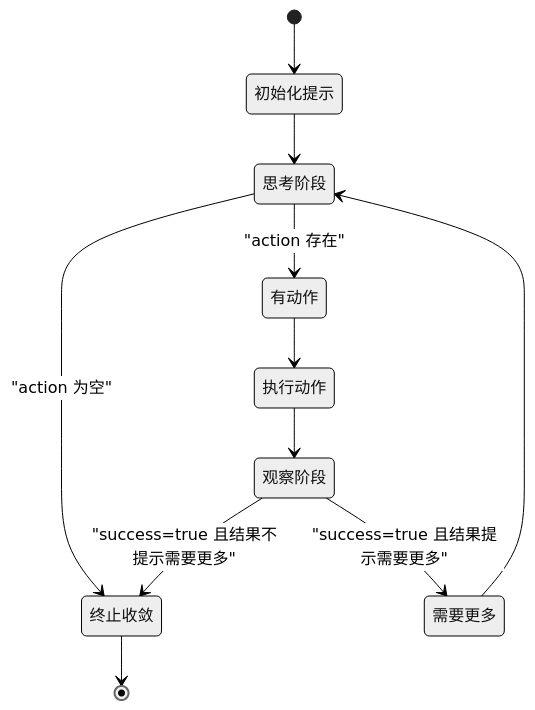
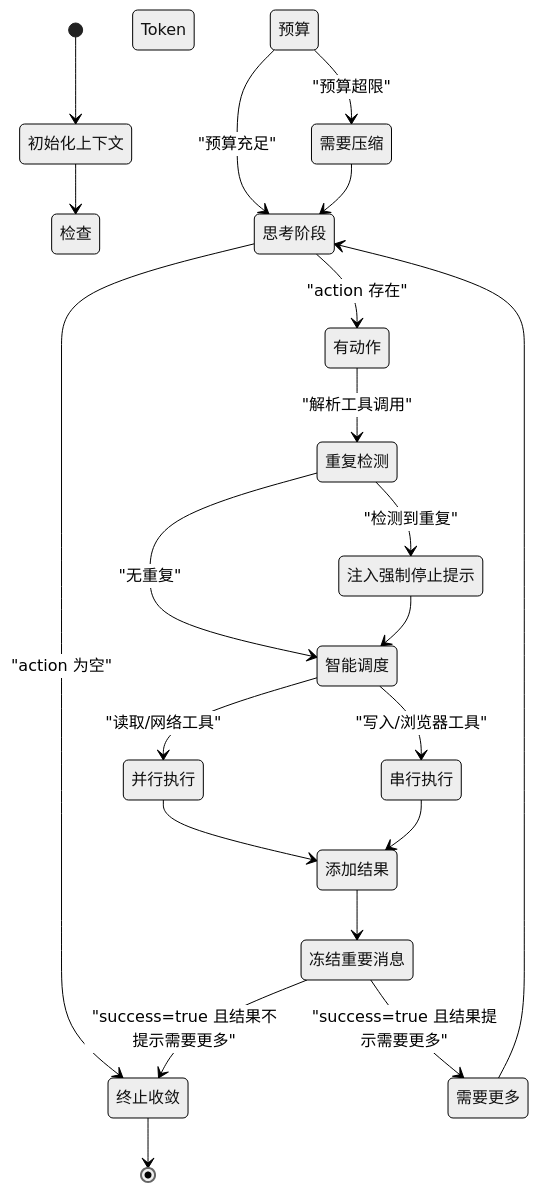
One commit to baike08/cosurf changed the fourth of 8 diagrams in .qoder/repowiki/zh/content/AI 代理系统/Agent Loop 核心引擎.md. Above: the diagram before and after it, drawn with Mermaid (neutral theme). The commit also changed other lines of this file and 15 other files, not shown here.

````diff
--- a/.qoder/repowiki/zh/content/AI 代理系统/Agent Loop 核心引擎.md
+++ b/.qoder/repowiki/zh/content/AI 代理系统/Agent Loop 核心引擎.md
@@ -242,13 +308,23 @@
 ```mermaid
 stateDiagram-v2
-[*] --> 初始化提示
-初始化提示 --> 思考阶段
+[*] --> 初始化上下文
+初始化上下文 --> 检查 Token 预算
+检查 Token 预算 --> 需要压缩 : "预算超限"
+检查 Token 预算 --> 思考阶段 : "预算充足"
+需要压缩 --> 思考阶段
 思考阶段 --> 有动作 : "action 存在"
 思考阶段 --> 终止收敛 : "action 为空"
-有动作 --> 执行动作
-执行动作 --> 观察阶段
-观察阶段 --> 需要更多 : "success=true 且结果提示需要更多"
-观察阶段 --> 终止收敛 : "success=true 且结果不提示需要更多"
+有动作 --> 重复检测 : "解析工具调用"
+重复检测 --> 注入强制停止提示 : "检测到重复"
+重复检测 --> 智能调度 : "无重复"
+注入强制停止提示 --> 智能调度
+智能调度 --> 并行执行 : "读取/网络工具"
+智能调度 --> 串行执行 : "写入/浏览器工具"
+并行执行 --> 添加结果
+串行执行 --> 添加结果
+添加结果 --> 冻结重要消息
+冻结重要消息 --> 需要更多 : "success=true 且结果提示需要更多"
+冻结重要消息 --> 终止收敛 : "success=true 且结果不提示需要更多"
 需要更多 --> 思考阶段
 终止收敛 --> [*]
 ```
````
